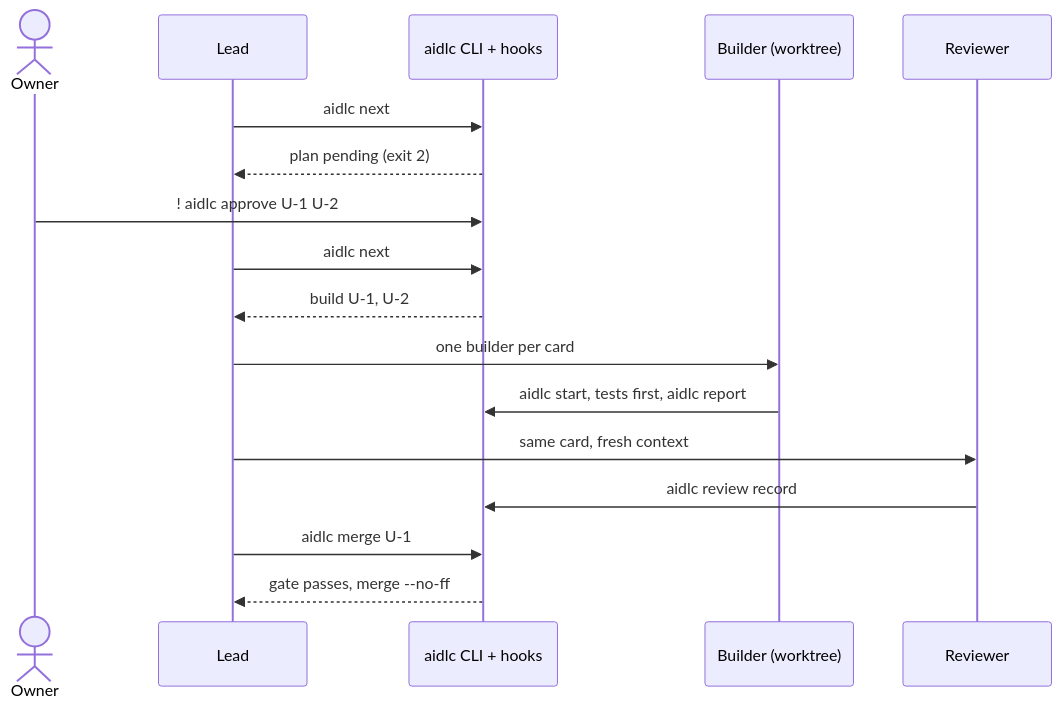
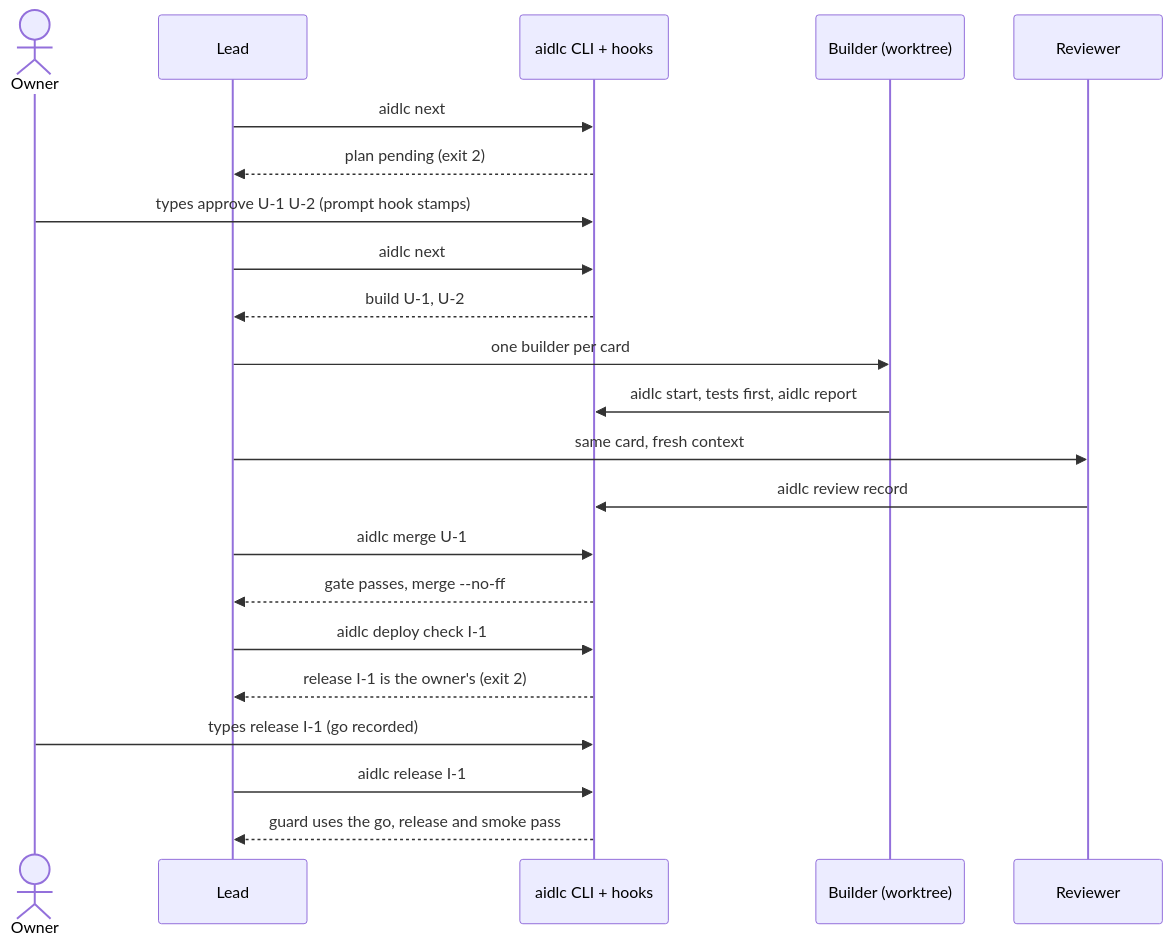
Before and after one commit to Scrollout/aidlc-team-plugin: the diagram in docs/design/overview.md, drawn with Mermaid. The commit also changed other lines of this file and 9 other files, not shown here.

````diff
--- a/docs/design/overview.md
+++ b/docs/design/overview.md
@@ -27,19 +27,24 @@
 ```mermaid
 sequenceDiagram
   actor O as Owner
   participant L as Lead
   participant C as aidlc CLI + hooks
   participant B as Builder (worktree)
   participant R as Reviewer
   L->>C: aidlc next
   C-->>L: plan pending (exit 2)
-  O->>C: ! aidlc approve U-1 U-2
+  O->>C: types approve U-1 U-2 (prompt hook stamps)
   L->>C: aidlc next
   C-->>L: build U-1, U-2
   L->>B: one builder per card
   B->>C: aidlc start, tests first, aidlc report
   L->>R: same card, fresh context
   R->>C: aidlc review record
   L->>C: aidlc merge U-1
   C-->>L: gate passes, merge --no-ff
+  L->>C: aidlc deploy check I-1
+  C-->>L: release I-1 is the owner's (exit 2)
+  O->>C: types release I-1 (go recorded)
+  L->>C: aidlc release I-1
+  C-->>L: guard uses the go, release and smoke pass
 ```
````
